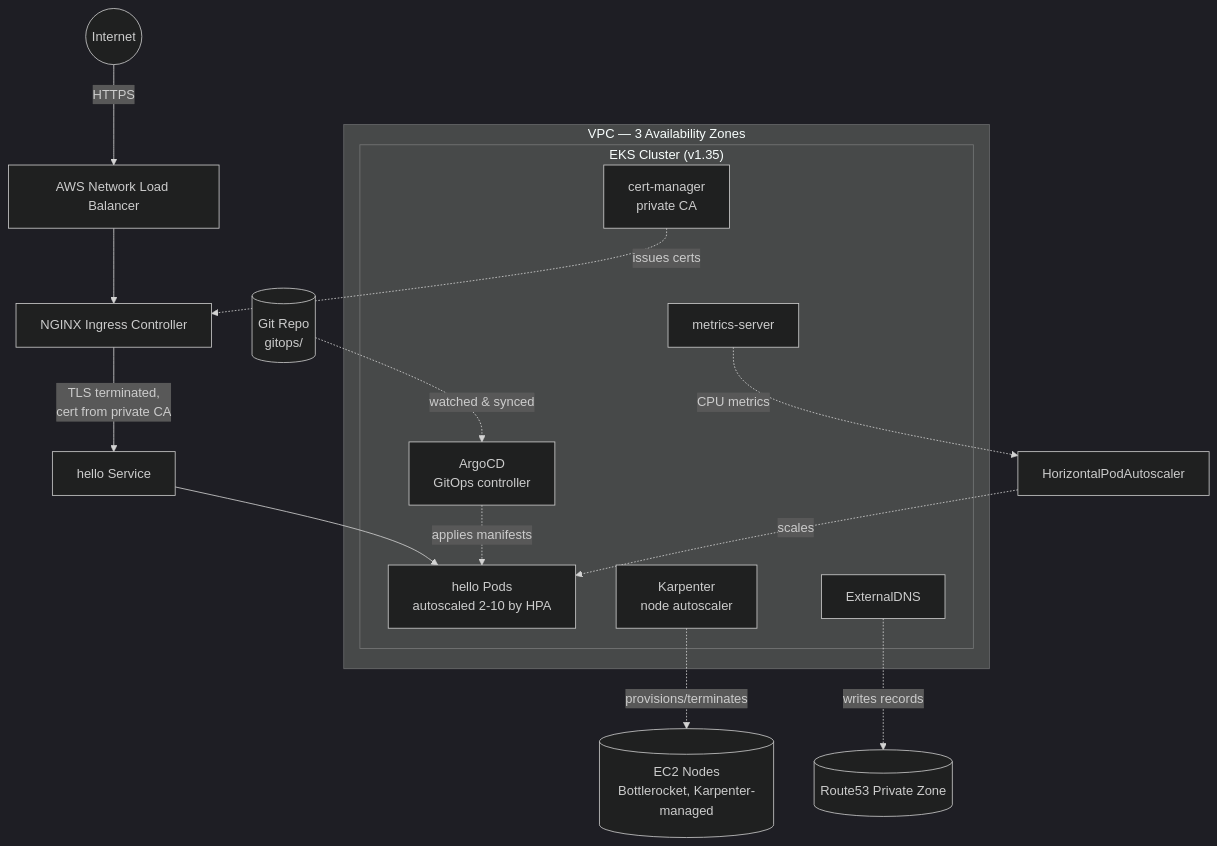
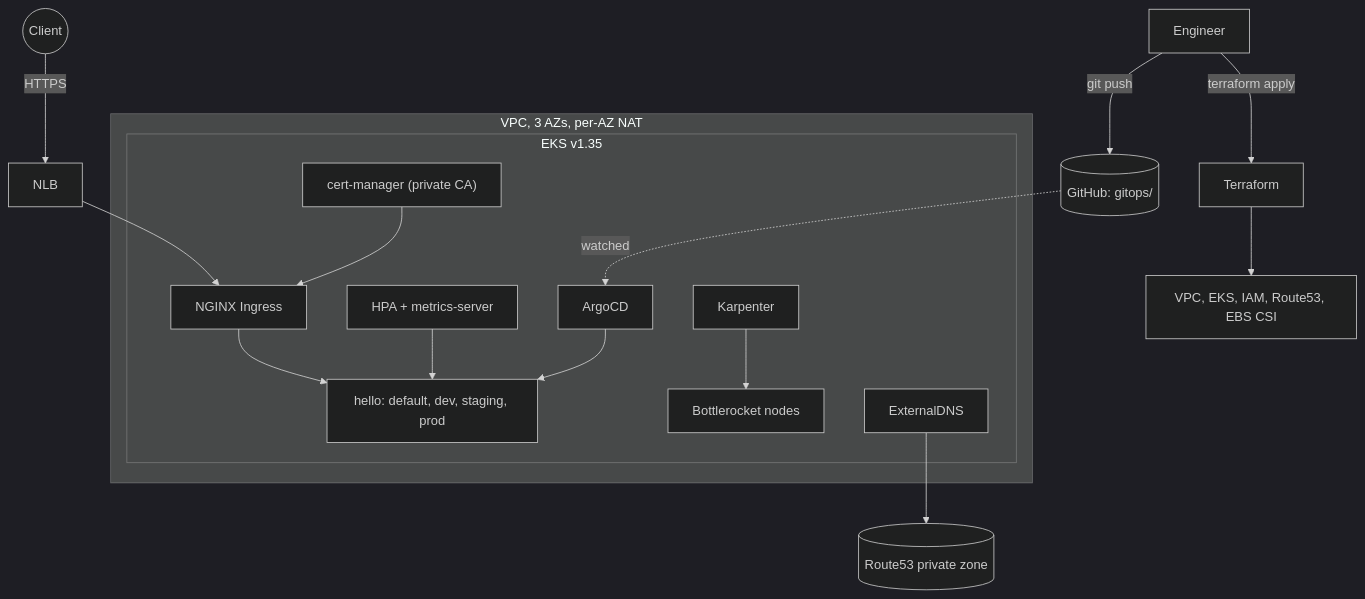
One commit to velrite/Production-Platform-on-Kubernetes changed the diagram in README.md. Above: the diagram before and after it, drawn with Mermaid (dark theme). The commit also changed other lines of this file, not shown here.

````diff
--- a/README.md
+++ b/README.md
@@ -55,26 +20,18 @@
-```mermaid
+~~~mermaid
 flowchart TB
-    Internet((Internet)) -->|HTTPS| NLB[AWS Network Load Balancer]
-    NLB --> Ingress[NGINX Ingress Controller]
-    Ingress -->|TLS terminated,<br/>cert from private CA| Svc[hello Service]
-    Svc --> Pods[hello Pods<br/>autoscaled 2-10 by HPA]
-
-    subgraph VPC["VPC — 3 Availability Zones"]
-        subgraph EKS["EKS Cluster (v1.35)"]
-            Pods
-            Karpenter[Karpenter<br/>node autoscaler]
-            ArgoCD[ArgoCD<br/>GitOps controller]
-            CertMgr[cert-manager<br/>private CA]
-            ExtDNS[ExternalDNS]
-            Metrics[metrics-server]
+    Eng["Engineer"] -->|terraform apply| TF["Terraform"] --> AWS["VPC, EKS, IAM, Route53, EBS CSI"]
+    Eng -->|git push| Git[("GitHub: gitops/")]
+    subgraph VPC["VPC, 3 AZs, per-AZ NAT"]
+        subgraph EKS["EKS v1.35"]
+            Argo["ArgoCD"] --> Apps["hello: default, dev, staging, prod"]
+            Karp["Karpenter"] --> Nodes["Bottlerocket nodes"]
+            HPA["HPA + metrics-server"] --> Apps
+            Cert["cert-manager (private CA)"] --> Ing["NGINX Ingress"]
+            Ing --> Apps
+            EDNS["ExternalDNS"]
         end
     end
-
-    Git[(Git Repo<br/>gitops/)] -.->|watched & synced| ArgoCD
-    ArgoCD -.->|applies manifests| Pods
-    Metrics -.->|CPU metrics| HPA[HorizontalPodAutoscaler]
-    HPA -.->|scales| Pods
-    Karpenter -.->|provisions/terminates| Nodes[(EC2 Nodes<br/>Bottlerocket, Karpenter-managed)]
-    ExtDNS -.->|writes records| R53[(Route53 Private Zone)]
-    CertMgr -.->|issues certs| Ingress
-```
+    Git -.->|watched| Argo
+    EDNS --> R53[("Route53 private zone")]
+    Client(("Client")) -->|HTTPS| NLB["NLB"] --> Ing
+~~~
````
